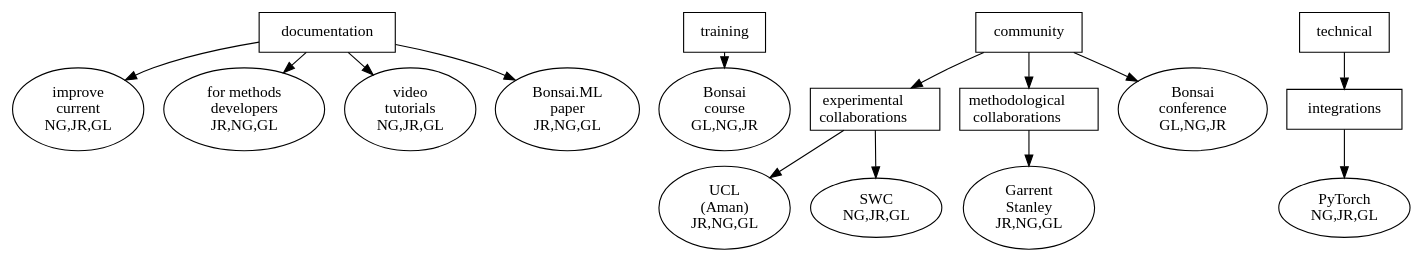
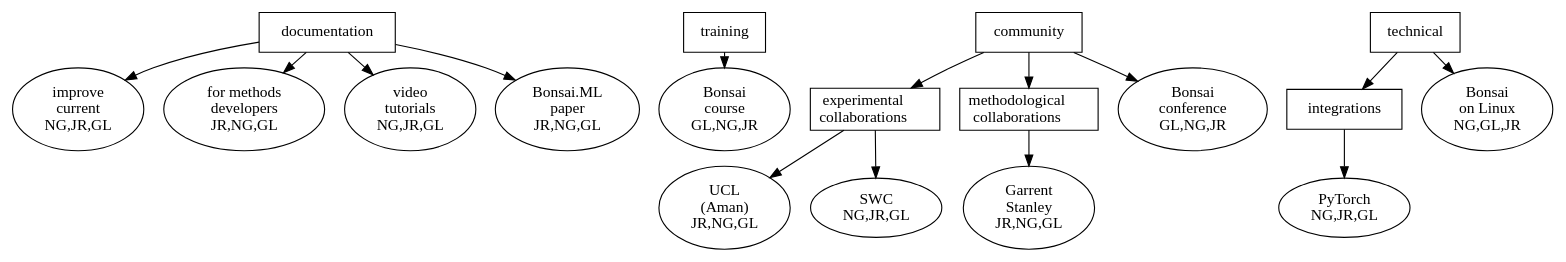
The diagram in application/activitiesGraphs/activities_smaller_NG.dot (joacorapela/rsmf2025), drawn with Graphviz before and after one commit. The commit also changed 1 other file, not shown here.

Commit message:
Graph in progress

```diff
--- a/application/activitiesGraphs/activities_smaller_NG.dot
+++ b/application/activitiesGraphs/activities_smaller_NG.dot
@@ -1,29 +1,30 @@
 digraph {
   layout=dot;
   ranksep=0.2;
 
   documentation [shape=box];
   documentation -> "improve\ncurrent\nNG,JR,GL";
   documentation -> "for methods\ndevelopers\nJR,NG,GL";
   documentation -> "video\ntutorials\nNG,JR,GL";
   documentation -> "Bonsai.ML\npaper\nJR,NG,GL";
 
   training [shape=box];
   training -> "Bonsai\ncourse\nGL,NG,JR";
 
   community [shape=box];
   community -> exp;
   community -> methods;
   exp [shape=box,label=<<FONT COLOR="BLACK">experimental<br/>collaborations</FONT>>]
   methods [shape=box,label=<<FONT COLOR="BLACK">methodological<br/>collaborations</FONT>>]
   community -> "Bonsai\nconference\nGL,NG,JR";
   exp -> "UCL\n(Aman)\nJR,NG,GL";
   exp -> "SWC\nNG,JR,GL";
   methods -> "Garrent\nStanley\nJR,NG,GL";
 
   technical [shape=box];
   technical -> integrations;
   integrations [shape=box];
   integrations -> "PyTorch\nNG,JR,GL";
+  technical -> "Bonsai\non Linux\nNG,GL,JR";
 
 }
```
